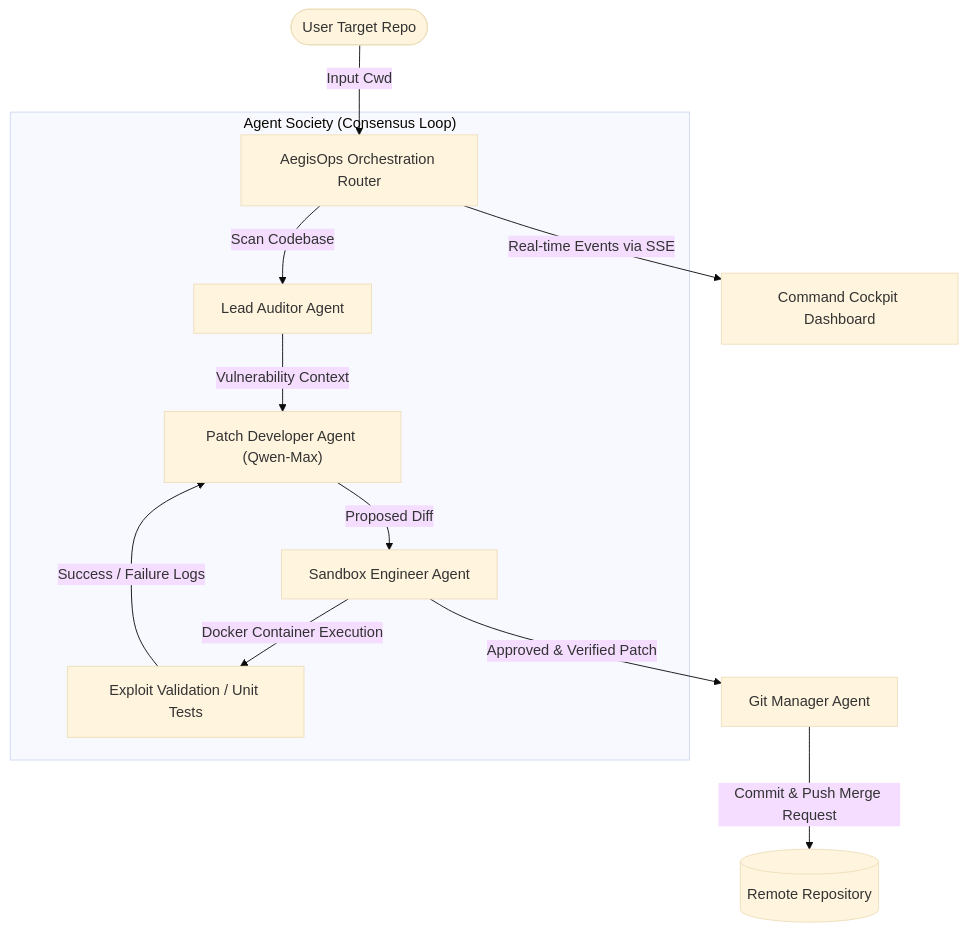
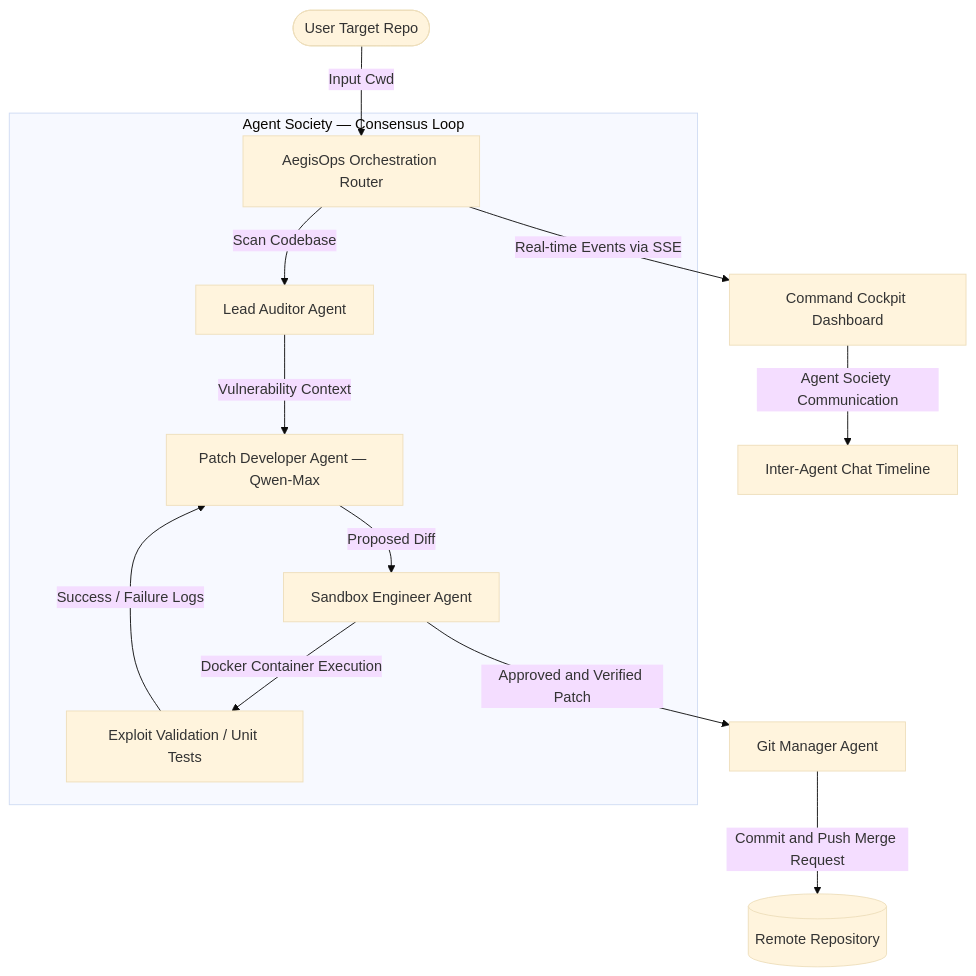
The diagram in README.md (Minhaj009/AegisOps), drawn with Mermaid (base theme) before and after one commit. The commit also changed other lines of this file, not shown here.

Commit message:
docs: comprehensive README rewrite with full feature catalog, architecture, project structure, deployment guide, and agent protocol documentation

````diff
--- a/README.md
+++ b/README.md
@@ -22,17 +42,18 @@
 ```mermaid
 graph TD
     User(["User Target Repo"]) -->|Input Cwd| Router["AegisOps Orchestration Router"]
     
-    subgraph AgentSociety ["Agent Society (Consensus Loop)"]
+    subgraph AgentSociety ["Agent Society — Consensus Loop"]
         Router -->|Scan Codebase| Auditor["Lead Auditor Agent"]
-        Auditor -->|Vulnerability Context| PatchDev["Patch Developer Agent (Qwen-Max)"]
+        Auditor -->|Vulnerability Context| PatchDev["Patch Developer Agent — Qwen-Max"]
         PatchDev -->|Proposed Diff| Sandbox["Sandbox Engineer Agent"]
         Sandbox -->|Docker Container Execution| RunTests["Exploit Validation / Unit Tests"]
         RunTests -->|Success / Failure Logs| PatchDev
     end
     
-    Sandbox -->|Approved & Verified Patch| GitMgr["Git Manager Agent"]
-    GitMgr -->|Commit & Push Merge Request| Repo[("Remote Repository")]
+    Sandbox -->|Approved and Verified Patch| GitMgr["Git Manager Agent"]
+    GitMgr -->|Commit and Push Merge Request| Repo[("Remote Repository")]
     
     Router -->|Real-time Events via SSE| WebUI["Command Cockpit Dashboard"]
+    WebUI -->|Agent Society Communication| ChatLog["Inter-Agent Chat Timeline"]
 ```
````
